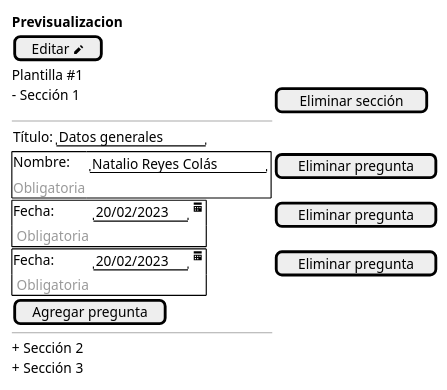
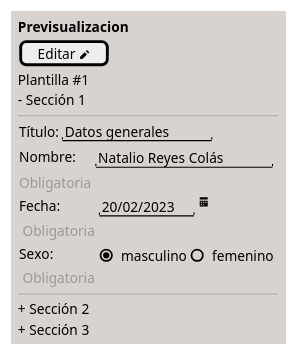
One commit to javatlacati/ngformtemplate changed the diagram in diagrams/survey details list previsualizar.puml. Above: the diagram before and after it, drawn with PlantUML.

Commit message:
se agrega ejemplode pregunta de opción múltiple en wireframe de detalle de plantilla

```diff
--- a/diagrams/survey details list previsualizar.puml
+++ b/diagrams/survey details list previsualizar.puml
@@ -1,31 +1,31 @@
 @startsalt
 'https://plantuml.com/salt
 {
+!theme mimeograph
   **Previsualizacion**
   [Editar <&pencil>]
   Plantilla #1
-    | - Sección 1 | [Eliminar sección]
+    | - Sección 1
     | --
     | {Título: | " Datos generales"}
-    {+
+    {
       Nombre: | {"Natalio Reyes Colás"}
       <color:#9a9a9a>Obligatoria
-    }|[Eliminar pregunta]
-    {+
+    }
+    {
       Fecha: | {"20/02/2023"|<&calendar>}
       <color:#9a9a9a> Obligatoria
-    }|[Eliminar pregunta]
-    {+
-      Fecha: | {"20/02/2023"|<&calendar>}
+    }
+    {
+      Sexo: | {(X) masculino|() femenino}
       <color:#9a9a9a> Obligatoria
-      }|[Eliminar pregunta]
+      }
 '    | {T!
 '
 '        sd
 '        }
-    | [Agregar pregunta]
     | --
     + Sección 2
     + Sección 3
 }
 @endsalt
```
